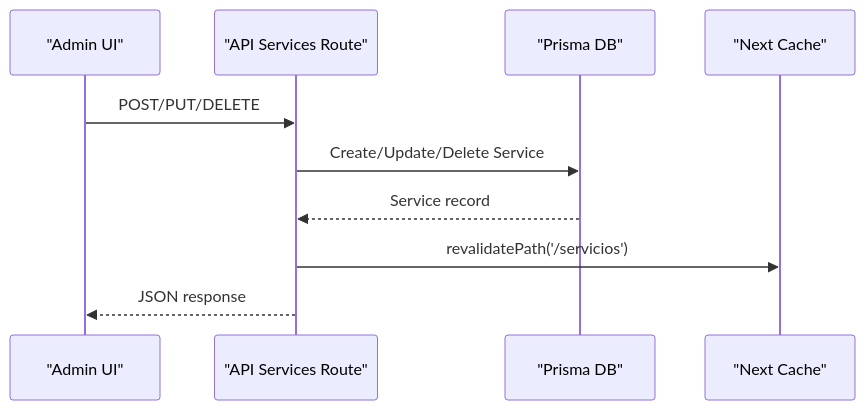
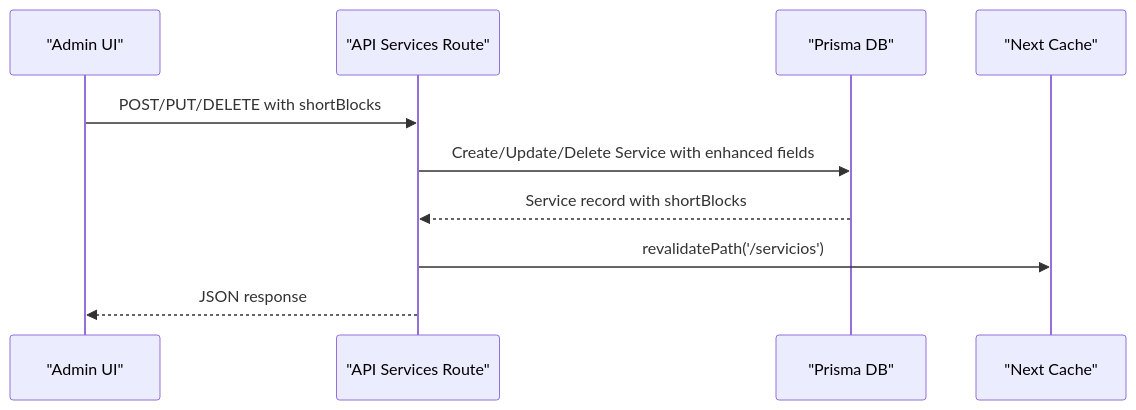
Before and after one commit to xLegarda/GreenAxis: diagram 11 of 13 in .qoder/repowiki/en/content/Core Features Implementation/Public Website Features/Services Catalog System.md, drawn with Mermaid. The commit also changed other lines of this file and 42 other files, not shown here.

````diff
--- a/.qoder/repowiki/en/content/Core Features Implementation/Public Website Features/Services Catalog System.md
+++ b/.qoder/repowiki/en/content/Core Features Implementation/Public Website Features/Services Catalog System.md
@@ -437,12 +467,12 @@
 ```mermaid
 sequenceDiagram
 participant Admin as "Admin UI"
 participant API as "API Services Route"
 participant DB as "Prisma DB"
 participant Cache as "Next Cache"
-Admin->>API : POST/PUT/DELETE
-API->>DB : Create/Update/Delete Service
-DB-->>API : Service record
+Admin->>API : POST/PUT/DELETE with shortBlocks
+API->>DB : Create/Update/Delete Service with enhanced fields
+DB-->>API : Service record with shortBlocks
 API->>Cache : revalidatePath('/servicios')
 API-->>Admin : JSON response
 ```
````
